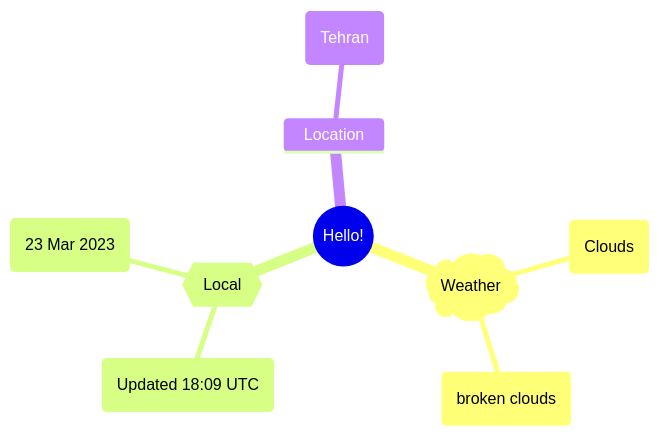
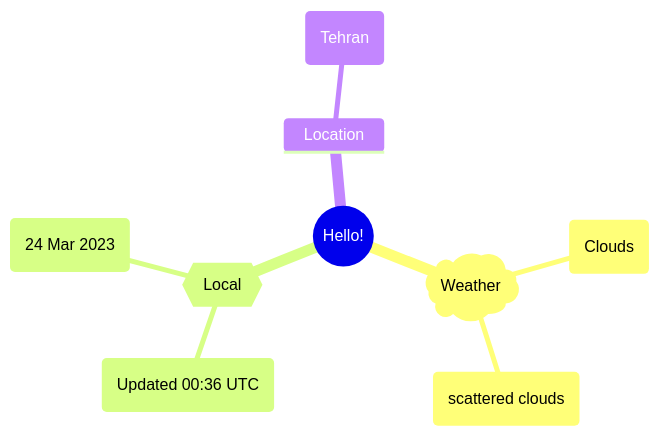
Before and after one commit to Xosrov/Xosrov: the first of 2 diagrams in README.md, drawn with Mermaid.

Commit message:
[bot] updated images

````diff
--- a/README.md
+++ b/README.md
@@ -3,12 +3,12 @@
 ```mermaid
 mindmap
   root((Hello!))
     )Weather(
         (Clouds)
-        (broken clouds)
+        (scattered clouds)
     {{Local}}
-        (Updated 18:09 UTC)
-        (23 Mar 2023)
+        (Updated 00:36 UTC)
+        (24 Mar 2023)
     Location
         (Tehran)
 ```
````
